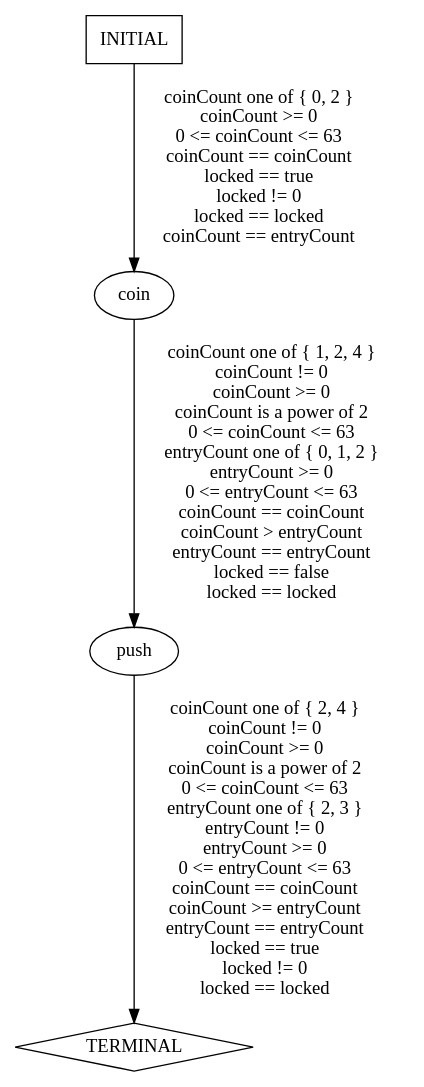
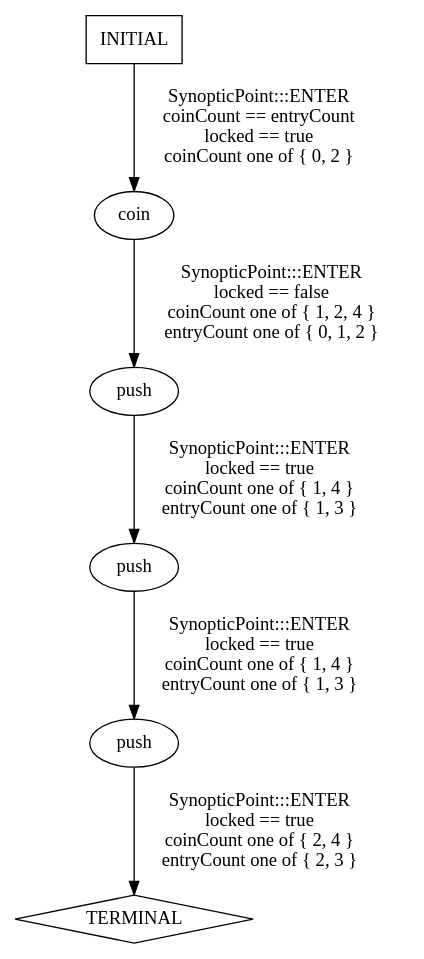
Before and after one commit to ModelInference/synoptic: the diagram in traces/abstract/turnstile-example/predicted-paths/turnstile-example-test0.dot, drawn with Graphviz. The commit also changed 73 other files, not shown here.

```diff
--- a/traces/abstract/turnstile-example/predicted-paths/turnstile-example-test0.dot
+++ b/traces/abstract/turnstile-example/predicted-paths/turnstile-example-test0.dot
@@ -1,9 +1,13 @@
 digraph {
   0 [label="coin"];
   1 [label="push"];
-  2 [label="TERMINAL",shape=diamond];
-  3 [label="INITIAL",shape=box];
-0->1 [label="coinCount one of { 1, 2, 4 }\ncoinCount != 0\ncoinCount >= 0\ncoinCount is a power of 2\n0 <= coinCount <= 63\nentryCount one of { 0, 1, 2 }\nentryCount >= 0\n0 <= entryCount <= 63\ncoinCount == coinCount\ncoinCount > entryCount\nentryCount == entryCount\nlocked == false\nlocked == locked",];
-1->2 [label="coinCount one of { 2, 4 }\ncoinCount != 0\ncoinCount >= 0\ncoinCount is a power of 2\n0 <= coinCount <= 63\nentryCount one of { 2, 3 }\nentryCount != 0\nentryCount >= 0\n0 <= entryCount <= 63\ncoinCount == coinCount\ncoinCount >= entryCount\nentryCount == entryCount\nlocked == true\nlocked != 0\nlocked == locked",];
-3->0 [label="coinCount one of { 0, 2 }\ncoinCount >= 0\n0 <= coinCount <= 63\ncoinCount == coinCount\nlocked == true\nlocked != 0\nlocked == locked\ncoinCount == entryCount",];
+  2 [label="push"];
+  3 [label="push"];
+  4 [label="TERMINAL",shape=diamond];
+  5 [label="INITIAL",shape=box];
+0->1 [label="SynopticPoint:::ENTER\nlocked == false\ncoinCount one of { 1, 2, 4 }\nentryCount one of { 0, 1, 2 }\n",];
+1->2 [label="SynopticPoint:::ENTER\nlocked == true\ncoinCount one of { 1, 4 }\nentryCount one of { 1, 3 }\n",];
+2->3 [label="SynopticPoint:::ENTER\nlocked == true\ncoinCount one of { 1, 4 }\nentryCount one of { 1, 3 }\n",];
+3->4 [label="SynopticPoint:::ENTER\nlocked == true\ncoinCount one of { 2, 4 }\nentryCount one of { 2, 3 }\n",];
+5->0 [label="SynopticPoint:::ENTER\ncoinCount == entryCount\nlocked == true\ncoinCount one of { 0, 2 }\n",];
 } // digraph {
```
